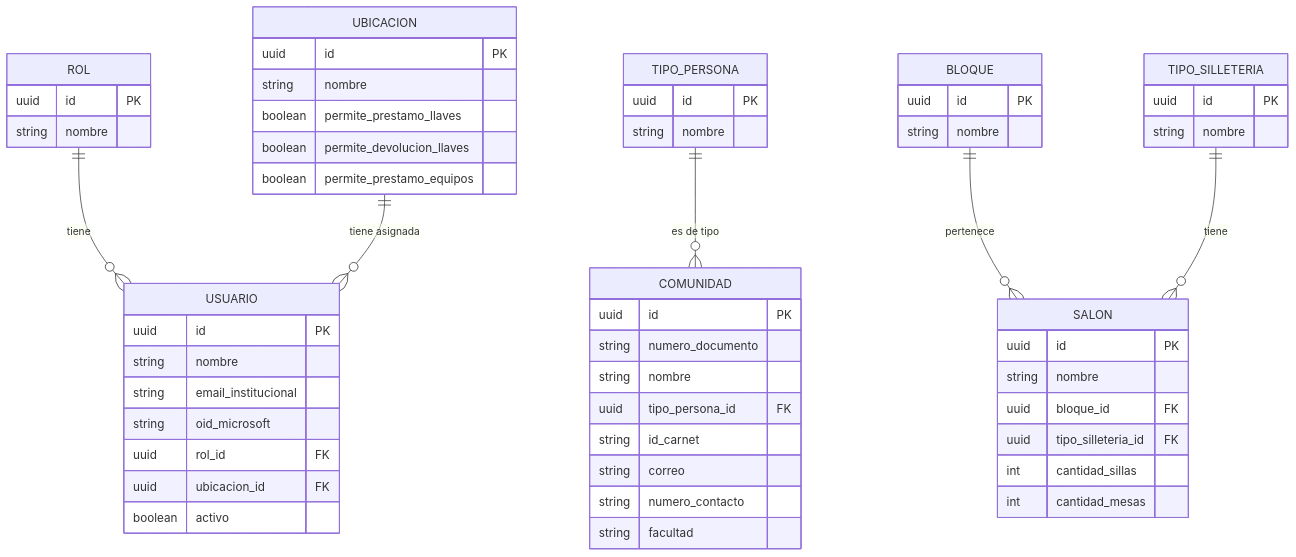
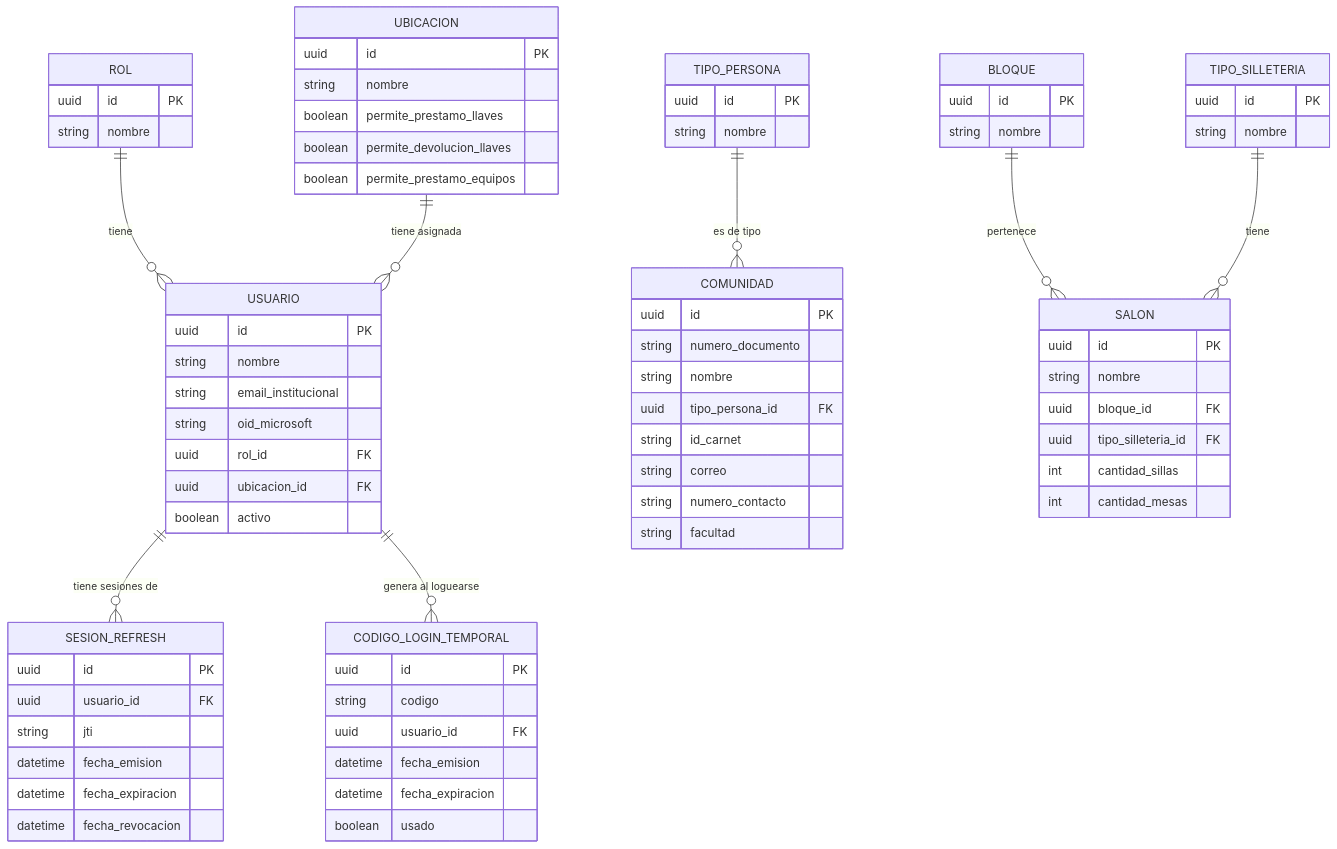
The first of 5 diagrams in DOC/4. DiseñoTacticoDetallado/4.1 Modelo de Datos.md (DanielPuertaBernal/llavero), drawn with Mermaid before and after one commit. The commit also changed other lines of this file and 19 other files, not shown here.

````diff
--- a/DOC/4. DiseñoTacticoDetallado/4.1 Modelo de Datos.md
+++ b/DOC/4. DiseñoTacticoDetallado/4.1 Modelo de Datos.md
@@ -9,59 +9,77 @@
 ```mermaid
 erDiagram
     ROL ||--o{ USUARIO : tiene
     UBICACION ||--o{ USUARIO : "tiene asignada"
     TIPO_PERSONA ||--o{ COMUNIDAD : "es de tipo"
     BLOQUE ||--o{ SALON : pertenece
     TIPO_SILLETERIA ||--o{ SALON : tiene
+    USUARIO ||--o{ SESION_REFRESH : "tiene sesiones de"
+    USUARIO ||--o{ CODIGO_LOGIN_TEMPORAL : "genera al loguearse"
 
     ROL {
         uuid id PK
         string nombre
     }
     USUARIO {
         uuid id PK
         string nombre
         string email_institucional
         string oid_microsoft
         uuid rol_id FK
         uuid ubicacion_id FK
         boolean activo
+    }
+    SESION_REFRESH {
+        uuid id PK
+        uuid usuario_id FK
+        string jti
+        datetime fecha_emision
+        datetime fecha_expiracion
+        datetime fecha_revocacion
+    }
+    CODIGO_LOGIN_TEMPORAL {
+        uuid id PK
+        string codigo
+        uuid usuario_id FK
+        datetime fecha_emision
+        datetime fecha_expiracion
+        boolean usado
     }
     UBICACION {
         uuid id PK
         string nombre
         boolean permite_prestamo_llaves
         boolean permite_devolucion_llaves
         boolean permite_prestamo_equipos
     }
     TIPO_PERSONA {
         uuid id PK
         string nombre
     }
     COMUNIDAD {
         uuid id PK
         string numero_documento
         string nombre
         uuid tipo_persona_id FK
         string id_carnet
         string correo
         string numero_contacto
         string facultad
     }
     BLOQUE {
         uuid id PK
         string nombre
     }
     TIPO_SILLETERIA {
         uuid id PK
         string nombre
     }
     SALON {
         uuid id PK
         string nombre
         uuid bloque_id FK
         uuid tipo_silleteria_id FK
         int cantidad_sillas
         int cantidad_mesas
     }
 ```
````
